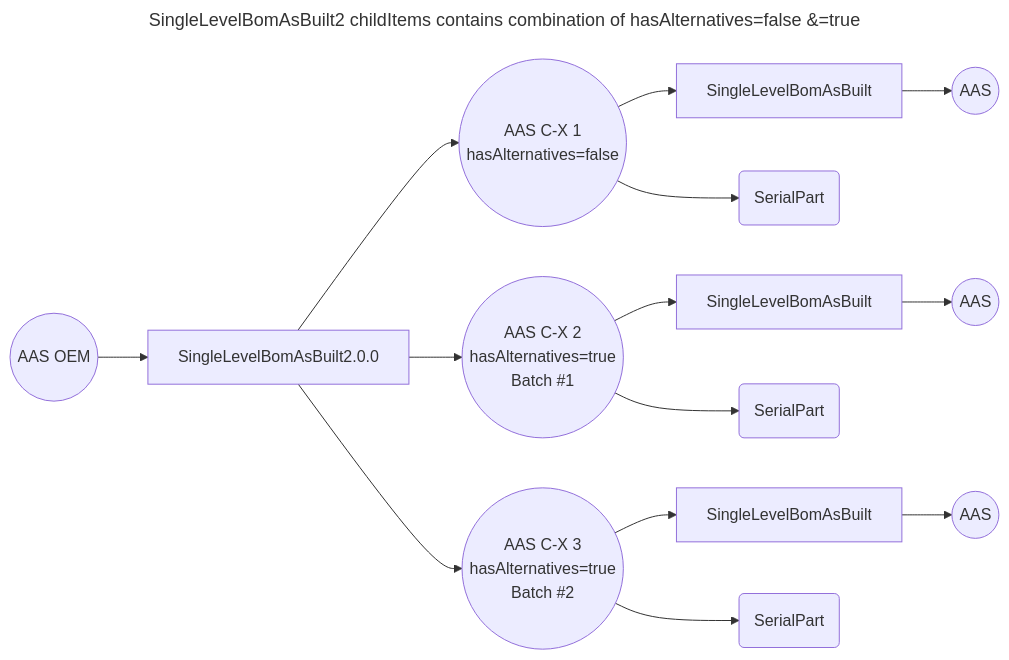
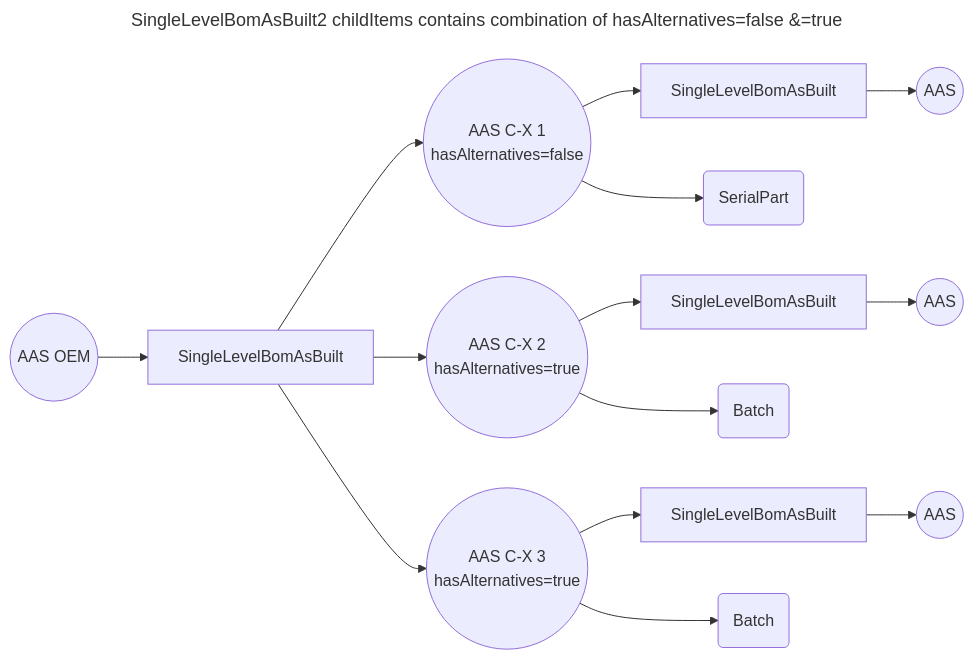
One commit to eclipse-tractusx/item-relationship-service changed the third of 3 diagrams in docs/concept/#212-Update-of-aspect-model-SingleLevelBomAsBuilt-2_0_0/#212-Update-SingleLevelBomAsBuilt-2-0-0.md. Above: the diagram before and after it, drawn with Mermaid. The commit also changed other lines of this file, not shown here.

Commit message:
fix(diagram):[#212] adjust diagram

````diff
--- a/docs/concept/#212-Update-of-aspect-model-SingleLevelBomAsBuilt-2_0_0/#212-Update-SingleLevelBomAsBuilt-2-0-0.md
+++ b/docs/concept/#212-Update-of-aspect-model-SingleLevelBomAsBuilt-2_0_0/#212-Update-SingleLevelBomAsBuilt-2-0-0.md
@@ -180,26 +180,26 @@
 ```mermaid
 ---
 title: SingleLevelBomAsBuilt2 childItems contains combination of hasAlternatives=false &=true
 ---
 flowchart LR
     s1((AAS C-X 1 \n hasAlternatives=false))
-    s2((AAS C-X 2 \n hasAlternatives=true \n Batch #1))
-    s3((AAS C-X 3 \n hasAlternatives=true \n Batch #2))
+    s2((AAS C-X 2 \n hasAlternatives=true))
+    s3((AAS C-X 3 \n hasAlternatives=true))
     SingleLevelBomAsBuilt[SingleLevelBomAsBuilt2.0.0]
 
-    aas((AAS OEM)) --> SingleLevelBomAsBuilt
+    aas((AAS OEM)) --> SingleLevelBomAsBuilt[SingleLevelBomAsBuilt]
     SingleLevelBomAsBuilt --> s1
     SingleLevelBomAsBuilt --> s2
     SingleLevelBomAsBuilt --> s3
     s1 --> SingleLevelBomAsBuilt3[SingleLevelBomAsBuilt]
     s2 --> SingleLevelBomAsBuilt4[SingleLevelBomAsBuilt]
     s3 --> SingleLevelBomAsBuilt5[SingleLevelBomAsBuilt]
     
     s1 --> SerialPart3(SerialPart)
-    s2 --> SerialPart4(SerialPart)
-    s3 --> SerialPart5(SerialPart)
+    s2 --> SerialPart4(Batch)
+    s3 --> SerialPart5(Batch)
     
     SingleLevelBomAsBuilt3 --> AAS5((AAS))
     SingleLevelBomAsBuilt4 --> AAS6((AAS))
     SingleLevelBomAsBuilt5 --> AAS7((AAS))
 ```
````
